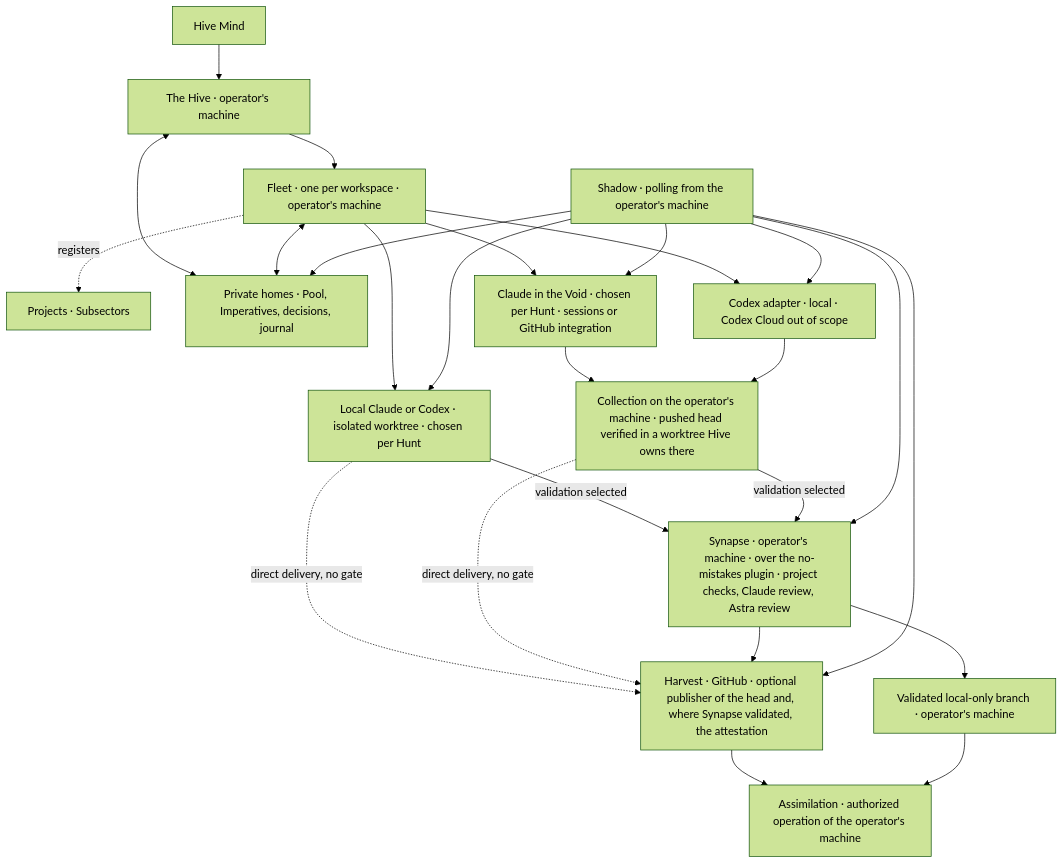
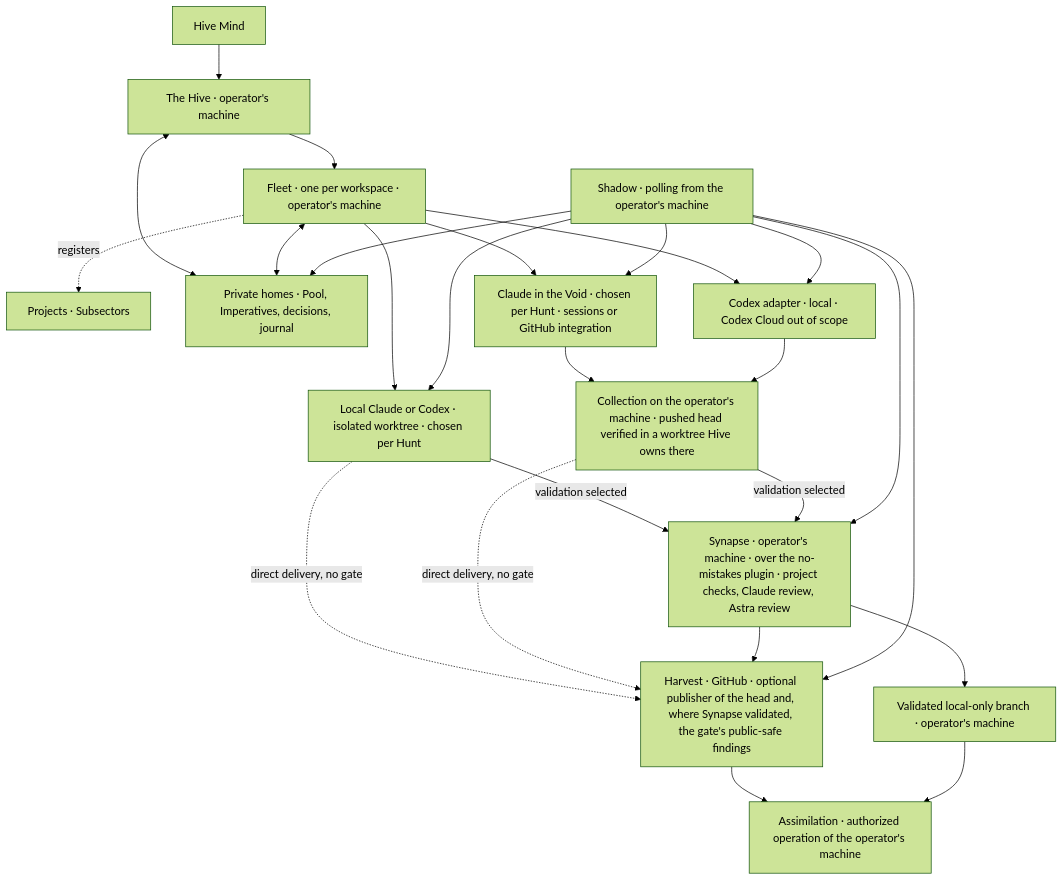
The diagram in docs/design.md (kesk-git/hive), drawn with Mermaid (forest theme) before and after one commit. The commit also changed other lines of this file and 9 other files, not shown here.

````diff
--- a/docs/design.md
+++ b/docs/design.md
@@ -60,27 +60,27 @@
 ```mermaid
 flowchart TD
     Mind[Hive Mind] --> Hive["The Hive · operator's machine"]
     Hive --> Fleet["Fleet · one per workspace · operator's machine"]
     Fleet -. registers .-> Projects[Projects · Subsectors]
     Hive <--> Private[Private homes · Pool, Imperatives, decisions, journal]
     Fleet <--> Private
     Fleet --> Local[Local Claude or Codex · isolated worktree · chosen per Hunt]
     Fleet --> Claude[Claude in the Void · chosen per Hunt · sessions or GitHub integration]
     Fleet --> Codex[Codex adapter · local · Codex Cloud out of scope]
     Local -- validation selected --> Synapse["Synapse · operator's machine · over the no-mistakes plugin · project checks, Claude review, Astra review"]
     Claude --> Collection["Collection on the operator's machine · pushed head verified in a worktree Hive owns there"]
     Codex --> Collection
     Collection -- validation selected --> Synapse
     Local -. direct delivery, no gate .-> Harvest
     Collection -. direct delivery, no gate .-> Harvest
-    Synapse --> Harvest[Harvest · GitHub · optional publisher of the head and, where Synapse validated, the attestation]
+    Synapse --> Harvest[Harvest · GitHub · optional publisher of the head and, where Synapse validated, the gate's public-safe findings]
     Synapse --> Branch["Validated local-only branch · operator's machine"]
     Harvest --> Assimilation["Assimilation · authorized operation of the operator's machine"]
     Branch --> Assimilation
     Shadow["Shadow · polling from the operator's machine"] --> Private
     Shadow --> Local
     Shadow --> Claude
     Shadow --> Codex
     Shadow --> Synapse
     Shadow --> Harvest
 ```
````
